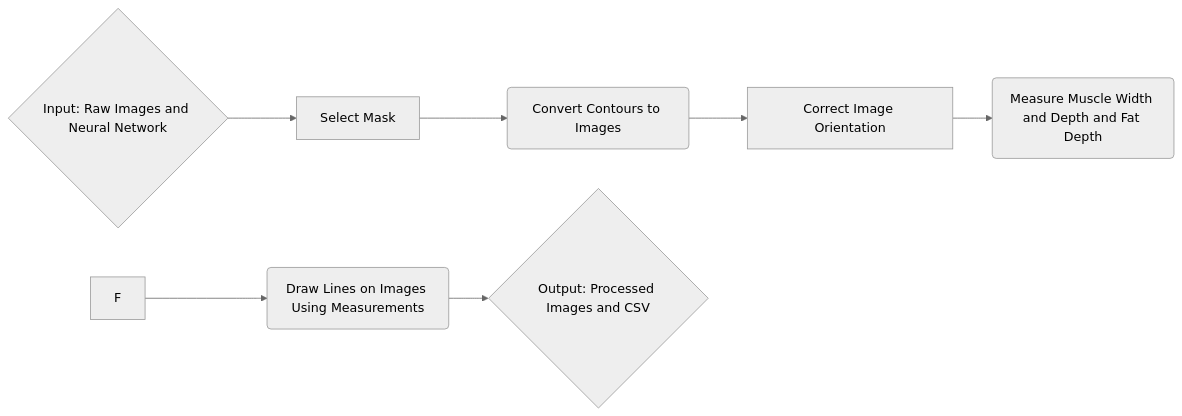
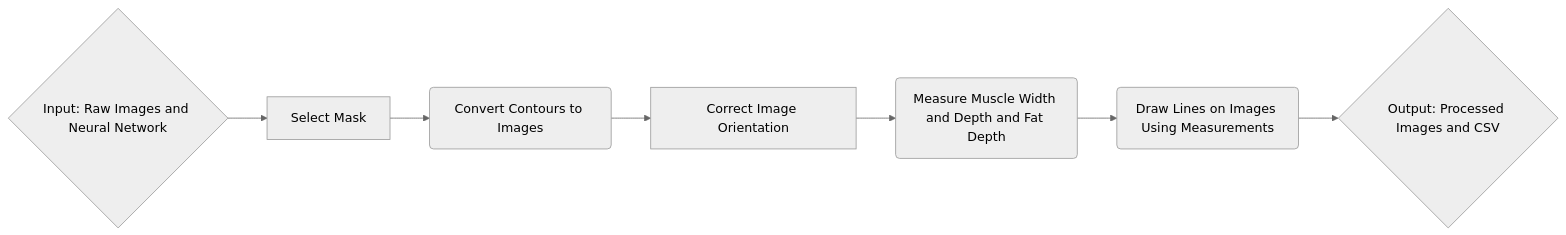
The diagram in README.md (AAFC-Bioinfo-AAC/pork-vision), drawn with Mermaid (neutral theme) before and after one commit. The commit also changed other lines of this file, not shown here.

````diff
--- a/README.md
+++ b/README.md
@@ -69,11 +70,11 @@
 ```mermaid
     flowchart LR;
        A{Input: Raw Images and Neural Network}-->B[Select Mask]
             B-->C(Convert Contours to Images)
             C-->D[Correct Image Orientation]
             D-->E(Measure Muscle Width and Depth and Fat Depth)
-            F-->G(Draw Lines on Images Using Measurements)
-            G-->H{Output: Processed Images and CSV}
+            E-->F(Draw Lines on Images Using Measurements)
+            F-->G{Output: Processed Images and CSV}
 
 
 ```
````
